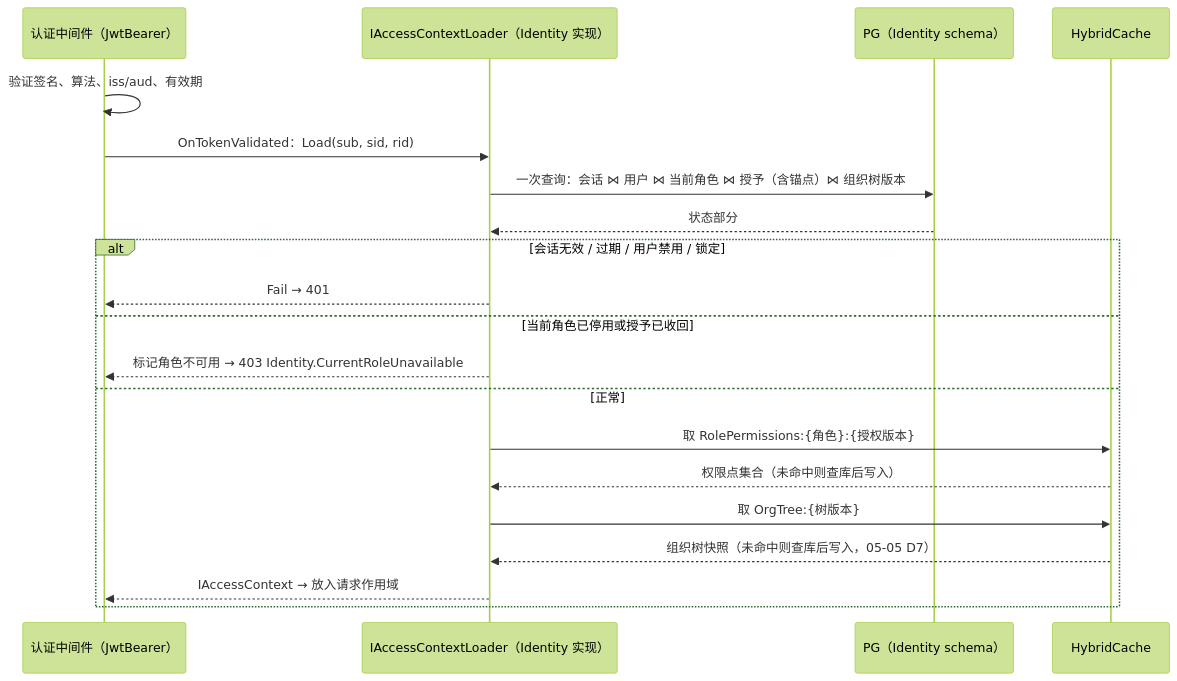
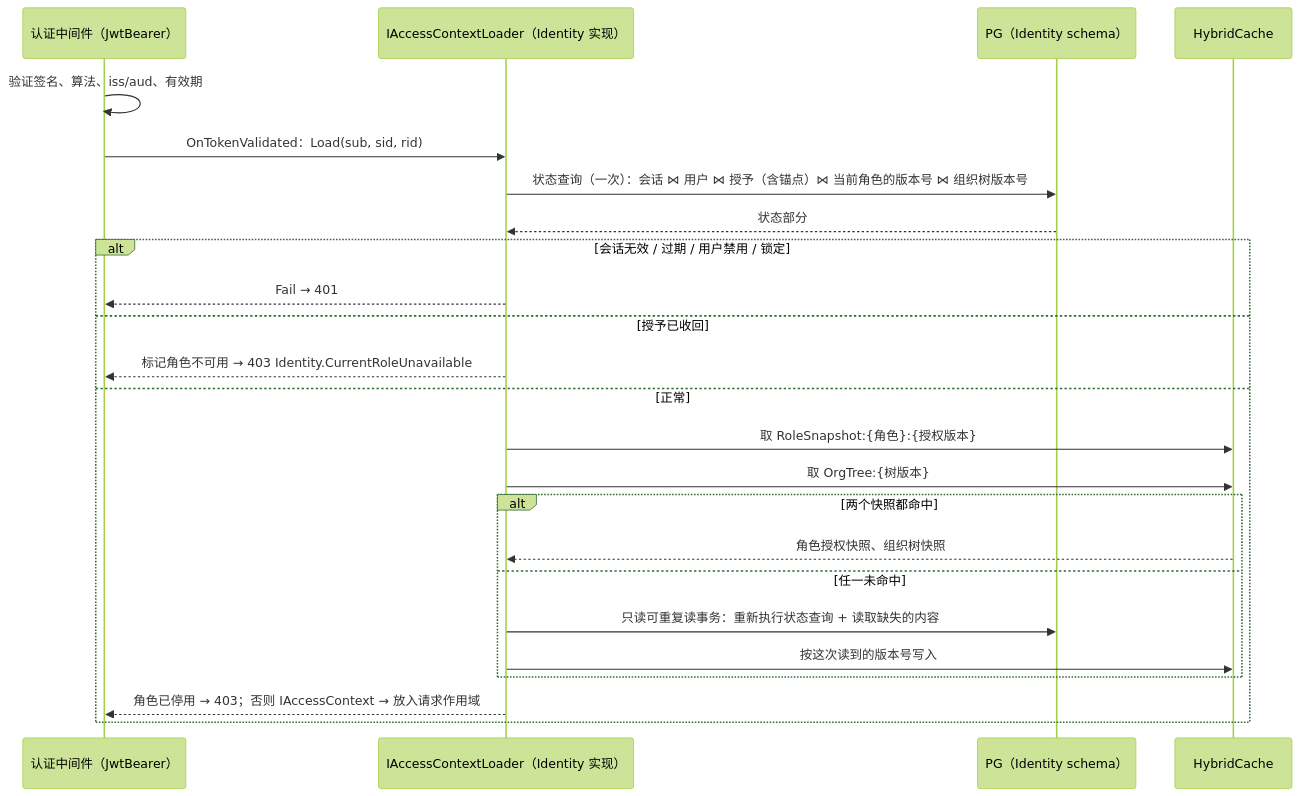
Before and after one commit to gw-hhh/KMIC.Platform: the second of 3 diagrams in docs/framework/05-infrastructure/05-04-认证与会话.md, drawn with Mermaid (forest theme). The commit also changed other lines of this file and 3 other files, not shown here.

````diff
--- a/docs/framework/05-infrastructure/05-04-认证与会话.md
+++ b/docs/framework/05-infrastructure/05-04-认证与会话.md
@@ -231,22 +231,26 @@
 ```mermaid
 sequenceDiagram
     participant MW as 认证中间件（JwtBearer）
     participant L as IAccessContextLoader（Identity 实现）
     participant DB as PG（Identity schema）
     participant C as HybridCache
     MW->>MW: 验证签名、算法、iss/aud、有效期
     MW->>L: OnTokenValidated：Load(sub, sid, rid)
-    L->>DB: 一次查询：会话 ⋈ 用户 ⋈ 当前角色 ⋈ 授予（含锚点）⋈ 组织树版本
+    L->>DB: 状态查询（一次）：会话 ⋈ 用户 ⋈ 授予（含锚点）⋈ 当前角色的版本号 ⋈ 组织树版本号
     DB-->>L: 状态部分
     alt 会话无效 / 过期 / 用户禁用 / 锁定
         L-->>MW: Fail → 401
-    else 当前角色已停用或授予已收回
+    else 授予已收回
         L-->>MW: 标记角色不可用 → 403 Identity.CurrentRoleUnavailable
     else 正常
-        L->>C: 取 RolePermissions:{角色}:{授权版本}
-        C-->>L: 权限点集合（未命中则查库后写入）
+        L->>C: 取 RoleSnapshot:{角色}:{授权版本}
         L->>C: 取 OrgTree:{树版本}
-        C-->>L: 组织树快照（未命中则查库后写入，05-05 D7）
-        L-->>MW: IAccessContext → 放入请求作用域
+        alt 两个快照都命中
+            C-->>L: 角色授权快照、组织树快照
+        else 任一未命中
+            L->>DB: 只读可重复读事务：重新执行状态查询 + 读取缺失的内容
+            L->>C: 按这次读到的版本号写入
+        end
+        L-->>MW: 角色已停用 → 403；否则 IAccessContext → 放入请求作用域
     end
 ```
````
